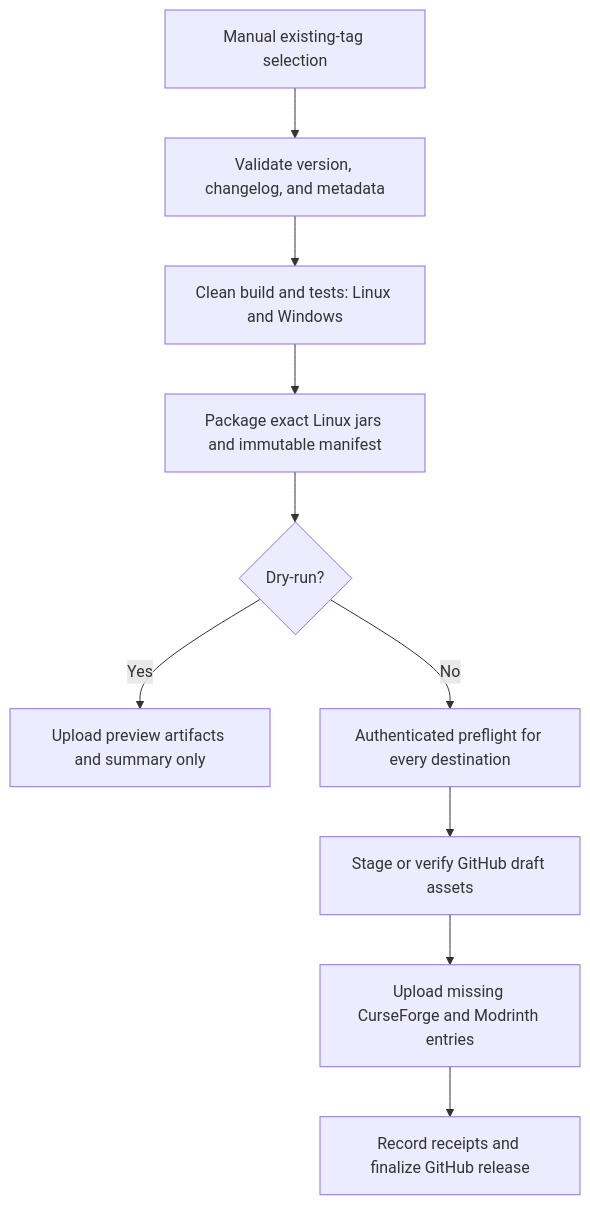
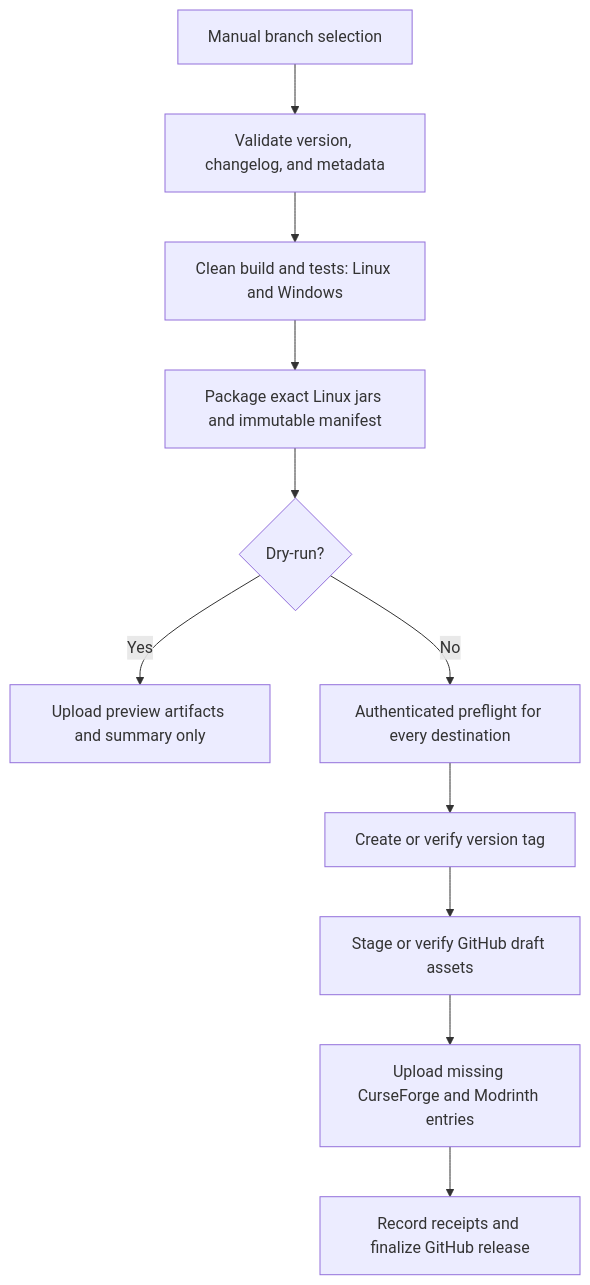
Before and after one commit to iso2t/Heavy-Inventories: the diagram in docs/PUBLISHING_PLAN.md, drawn with Mermaid. The commit also changed other lines of this file and 8 other files, not shown here.

Commit message:
Enable automatic tag creation during publishing workflow, refactor release preparation, and enhance preflight checks. Adjust workflows, CLI, and documentation for manual-only branch selection and dynamic tag generation.

````diff
--- a/docs/PUBLISHING_PLAN.md
+++ b/docs/PUBLISHING_PLAN.md
@@ -74,12 +74,13 @@
 ```mermaid
 flowchart TD
-    A[Manual existing-tag selection] --> B[Validate version, changelog, and metadata]
+    A[Manual branch selection] --> B[Validate version, changelog, and metadata]
     B --> C[Clean build and tests: Linux and Windows]
     C --> D[Package exact Linux jars and immutable manifest]
     D --> E{Dry-run?}
     E -->|Yes| F[Upload preview artifacts and summary only]
     E -->|No| G[Authenticated preflight for every destination]
-    G --> H[Stage or verify GitHub draft assets]
+    G --> T[Create or verify version tag]
+    T --> H[Stage or verify GitHub draft assets]
     H --> I[Upload missing CurseForge and Modrinth entries]
     I --> J[Record receipts and finalize GitHub release]
 ```
````
